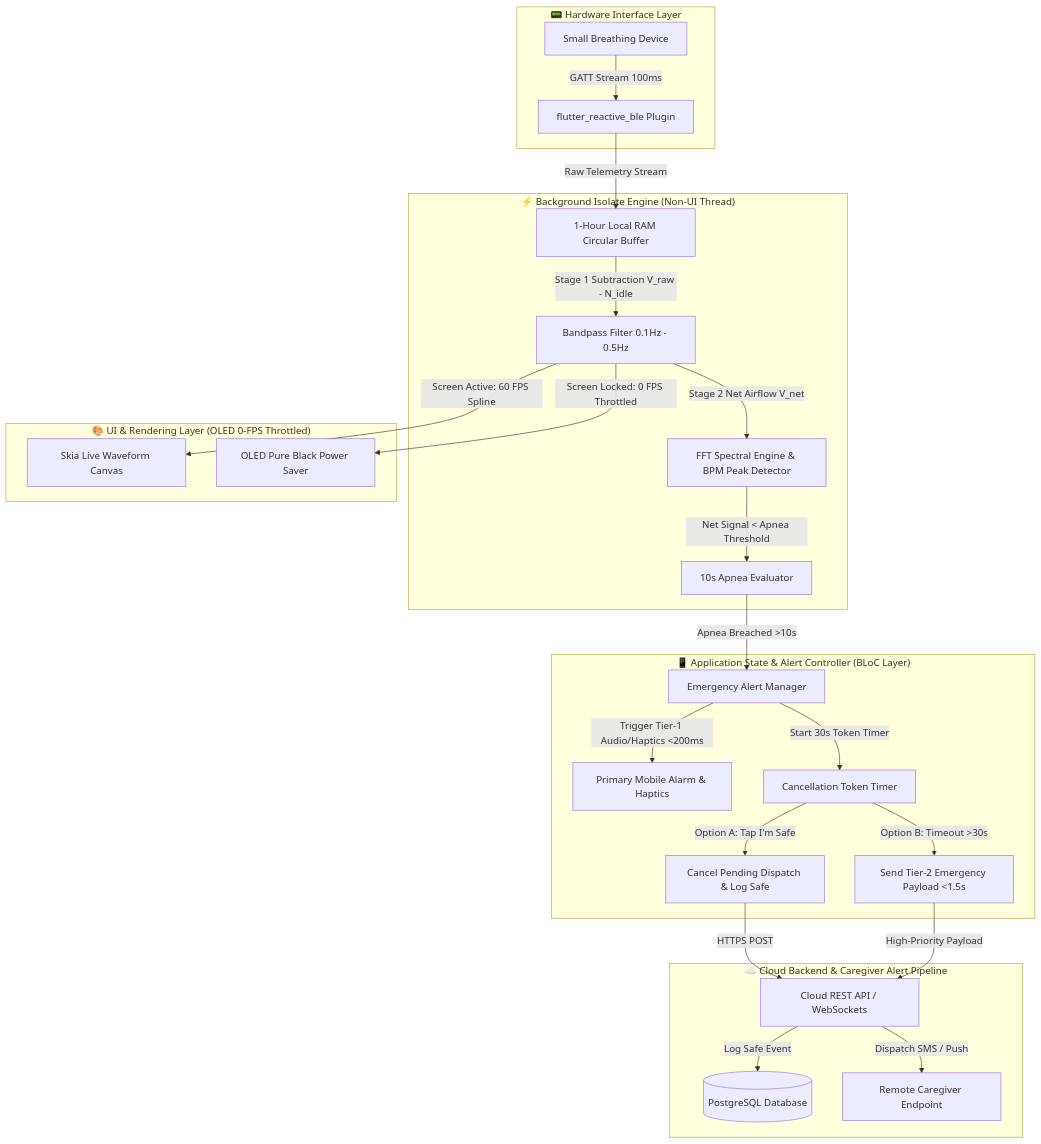
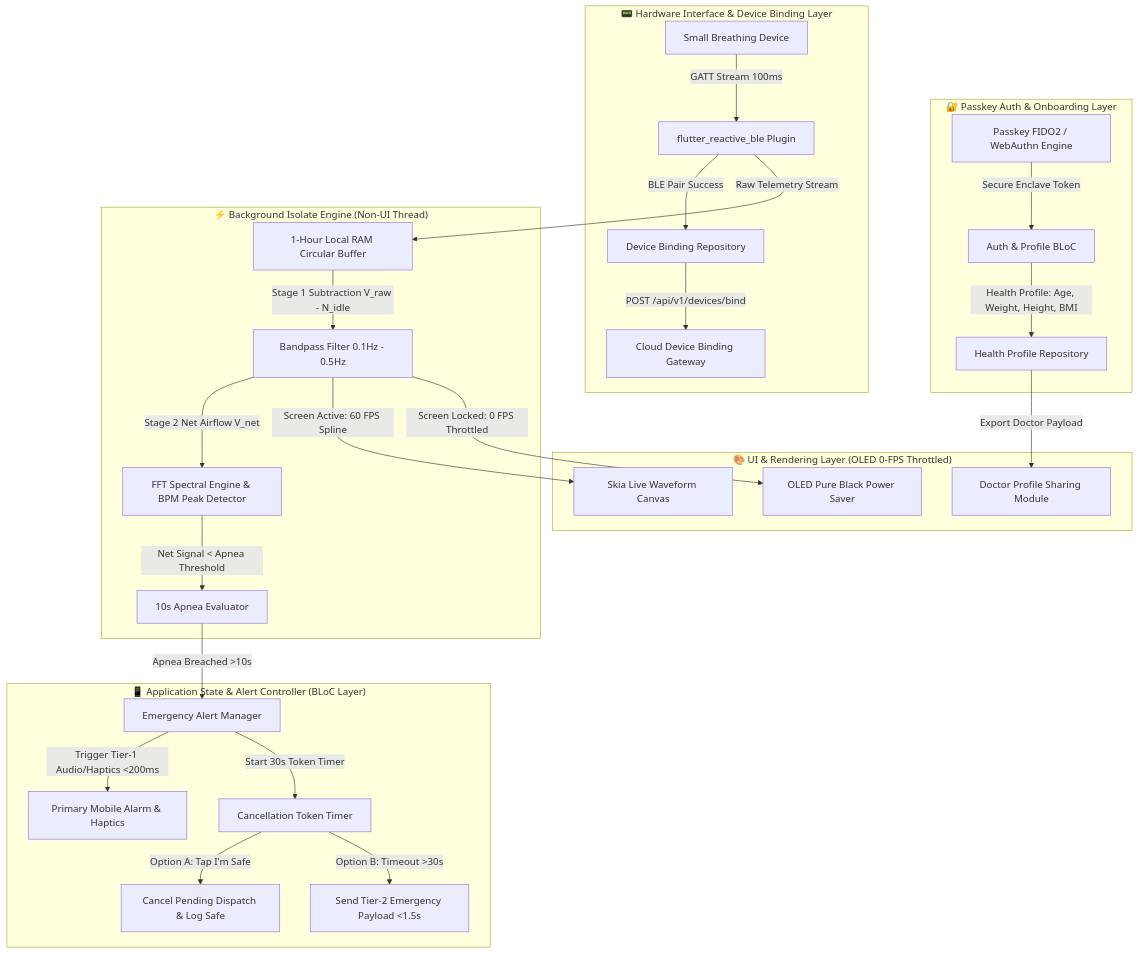
One commit to reidlai/masker-app changed the diagram in _bmad-output/architecture/ARCHITECTURE-SPINE.md. Above: the diagram before and after it, drawn with Mermaid. The commit also changed other lines of this file and 1 other file, not shown here.

Commit message:
docs: update PRD v1.6.0 and Architecture Spine v1.2.0 with Passkey Auth (AD-8), Health Profile FR-5, Device Binding API (AD-9), and Doctor Sharing Framework

````diff
--- a/_bmad-output/architecture/ARCHITECTURE-SPINE.md
+++ b/_bmad-output/architecture/ARCHITECTURE-SPINE.md
@@ -19,34 +19,35 @@
 ```mermaid
 graph TD
-    subgraph Layer1 ["📟 Hardware Interface Layer"]
+    subgraph Layer0 ["🔐 Passkey Auth & Onboarding Layer"]
+        Passkey[Passkey FIDO2 / WebAuthn Engine] -->|Secure Enclave Token| AuthBloc[Auth & Profile BLoC]
+        AuthBloc -->|Health Profile: Age, Weight, Height, BMI| ProfileRepo[Health Profile Repository]
+    end
+
+    subgraph Layer1 ["📟 Hardware Interface & Device Binding Layer"]
         BLE_Dev[Small Breathing Device] -->|GATT Stream 100ms| BLE_Plugin[flutter_reactive_ble Plugin]
+        BLE_Plugin -->|BLE Pair Success| DeviceBinding[Device Binding Repository]
+        DeviceBinding -->|POST /api/v1/devices/bind| CloudGateway[Cloud Device Binding Gateway]
     end
 
     subgraph Layer2 ["⚡ Background Isolate Engine (Non-UI Thread)"]
         BLE_Plugin -->|Raw Telemetry Stream| RingBuf[1-Hour Local RAM Circular Buffer]
         RingBuf -->|Stage 1 Subtraction V_raw - N_idle| Filter[Bandpass Filter 0.1Hz - 0.5Hz]
         Filter -->|Stage 2 Net Airflow V_net| FFT[FFT Spectral Engine & BPM Peak Detector]
         FFT -->|Net Signal < Apnea Threshold| Evaluator[10s Apnea Evaluator]
     end
 
     subgraph Layer3 ["📱 Application State & Alert Controller (BLoC Layer)"]
         Evaluator -->|Apnea Breached >10s| AlertManager[Emergency Alert Manager]
         AlertManager -->|Trigger Tier-1 Audio/Haptics <200ms| LocalAlert[Primary Mobile Alarm & Haptics]
         AlertManager -->|Start 30s Token Timer| TokenTimer[Cancellation Token Timer]
         
         TokenTimer -->|Option A: Tap I'm Safe| CancelCloud[Cancel Pending Dispatch & Log Safe]
-        TokenTimer -->|Option B: Timeout >30s| CloudGateway[Send Tier-2 Emergency Payload <1.5s]
+        TokenTimer -->|Option B: Timeout >30s| CloudEmergency[Send Tier-2 Emergency Payload <1.5s]
     end
 
     subgraph Layer4 ["🎨 UI & Rendering Layer (OLED 0-FPS Throttled)"]
         Filter -->|Screen Active: 60 FPS Spline| ChartWidget[Skia Live Waveform Canvas]
         Filter -->|Screen Locked: 0 FPS Throttled| DisplaySaver[OLED Pure Black Power Saver]
-    end
-
-    subgraph Layer5 ["☁️ Cloud Backend & Caregiver Alert Pipeline"]
-        CancelCloud -->|HTTPS POST| Backend[Cloud REST API / WebSockets]
-        CloudGateway -->|High-Priority Payload| Backend
-        Backend -->|Log Safe Event| DB[(PostgreSQL Database)]
-        Backend -->|Dispatch SMS / Push| Caregiver[Remote Caregiver Endpoint]
+        ProfileRepo -->|Export Doctor Payload| DoctorShareUI[Doctor Profile Sharing Module]
     end
 ```
````
